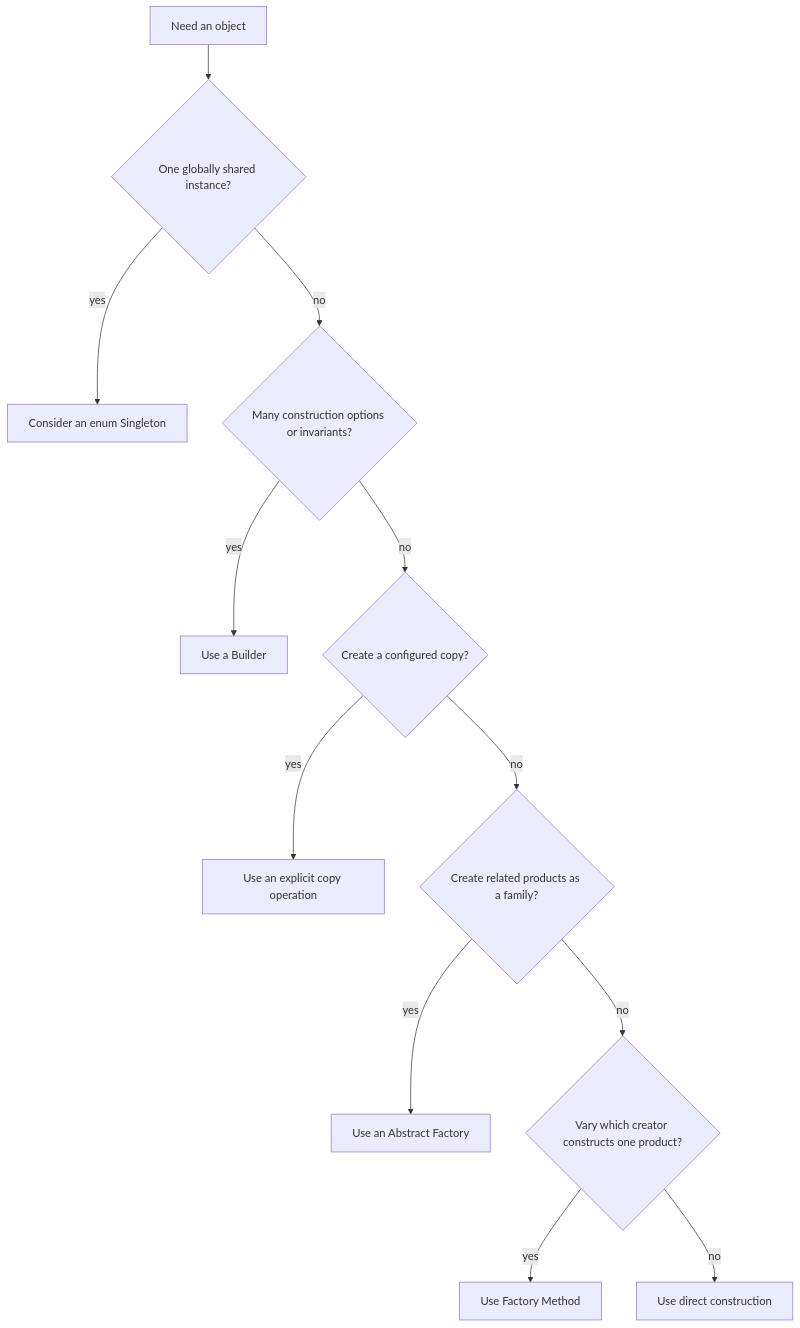
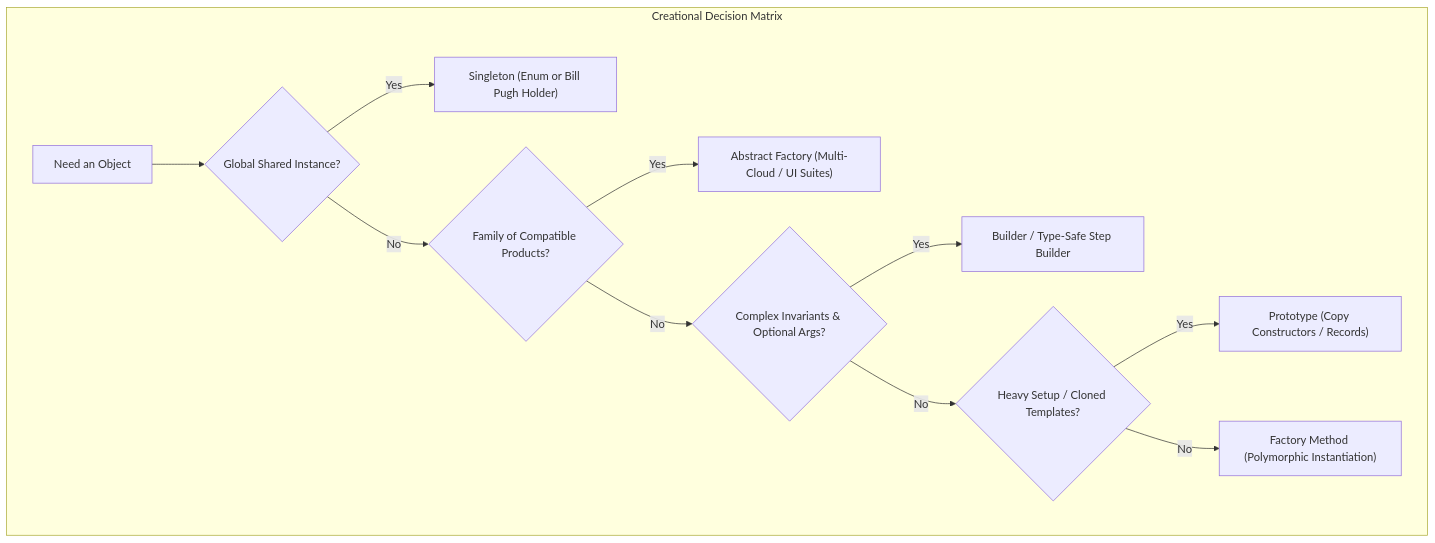
Before and after one commit to ravishankar2463/java_hub: the first of 3 diagrams in content/roadmap/level-6/creational-patterns.md, drawn with Mermaid. The commit also changed other lines of this file, not shown here.

Commit message:
docs(level-6): overhaul creational patterns with human voice, Step Builder, and reflection-safe singletons

````diff
--- a/content/roadmap/level-6/creational-patterns.md
+++ b/content/roadmap/level-6/creational-patterns.md
@@ -14,14 +21,18 @@
 ```mermaid
 flowchart TD
-    Need["Need an object"] --> Shared{"One globally shared instance?"}
-    Shared -->|"yes"| Singleton["Consider an enum Singleton"]
-    Shared -->|"no"| Complex{"Many construction options or invariants?"}
-    Complex -->|"yes"| Builder["Use a Builder"]
-    Complex -->|"no"| Copy{"Create a configured copy?"}
-    Copy -->|"yes"| Prototype["Use an explicit copy operation"]
-    Copy -->|"no"| Family{"Create related products as a family?"}
-    Family -->|"yes"| AbstractFactory["Use an Abstract Factory"]
-    Family -->|"no"| Creator{"Vary which creator constructs one product?"}
-    Creator -->|"yes"| FactoryMethod["Use Factory Method"]
-    Creator -->|"no"| Direct["Use direct construction"]
+    subgraph "Creational Decision Matrix"
+        Need["Need an Object"] --> Q1{"Global Shared Instance?"}
+        
+        Q1 -->|"Yes"| S["Singleton (Enum or Bill Pugh Holder)"]
+        Q1 -->|"No"| Q2{"Family of Compatible Products?"}
+        
+        Q2 -->|"Yes"| AF["Abstract Factory (Multi-Cloud / UI Suites)"]
+        Q2 -->|"No"| Q3{"Complex Invariants & Optional Args?"}
+        
+        Q3 -->|"Yes"| B["Builder / Type-Safe Step Builder"]
+        Q3 -->|"No"| Q4{"Heavy Setup / Cloned Templates?"}
+        
+        Q4 -->|"Yes"| P["Prototype (Copy Constructors / Records)"]
+        Q4 -->|"No"| FM["Factory Method (Polymorphic Instantiation)"]
+    end
 ```
````
